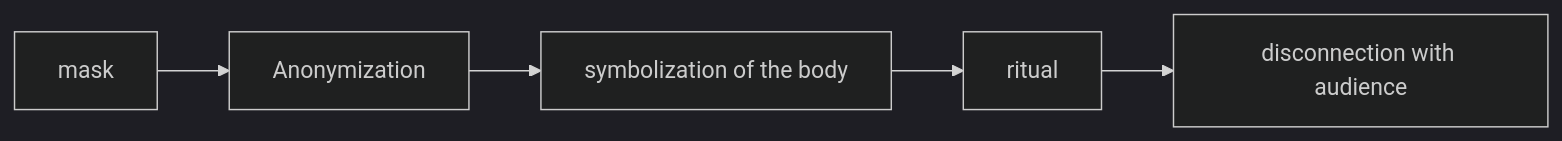
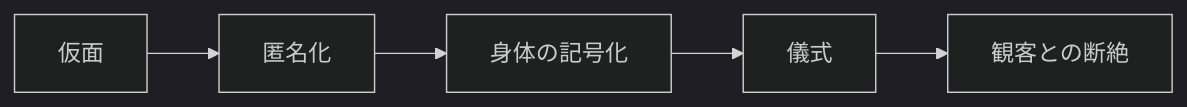
One commit to monumental-movement/monumental-movement.github.io changed the third of 4 diagrams in en/_posts/2026-04-18-column-caroliner.md. Above: the diagram before and after it, drawn with Mermaid (dark theme). The commit also changed other lines of this file and 2196 other files, not shown here.

```diff
--- a/en/_posts/2026-04-18-column-caroliner.md
+++ b/en/_posts/2026-04-18-column-caroliner.md
@@ -136,7 +135,7 @@
 <div class="mermaid">
 flowchart LR
-A[mask] --> B[Anonymization]
-B --> C[symbolization of the body]
-C --> D[ritual]
-D --> E[disconnection with audience]
+A[仮面] --> B[匿名化]
+B --> C[身体の記号化]
+C --> D[儀式]
+D --> E[観客との断絶]
 </div>
```
